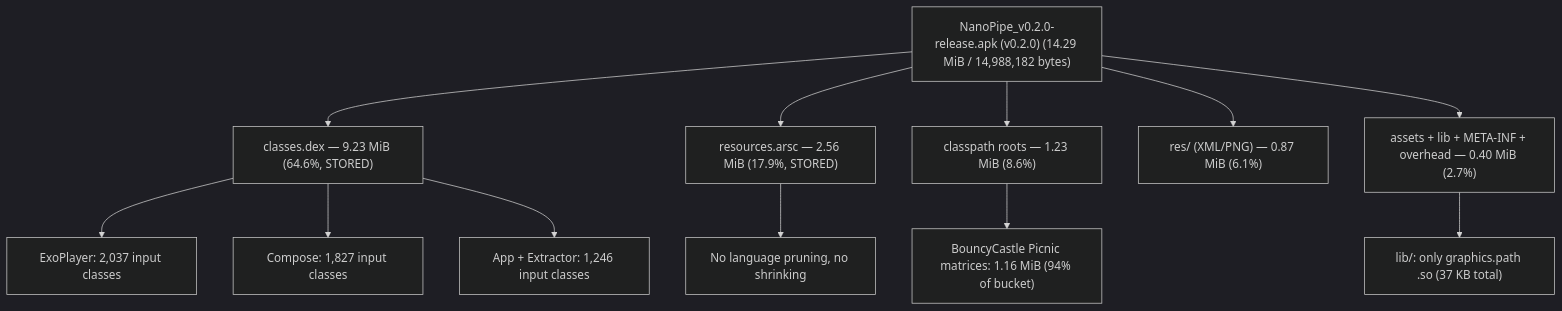
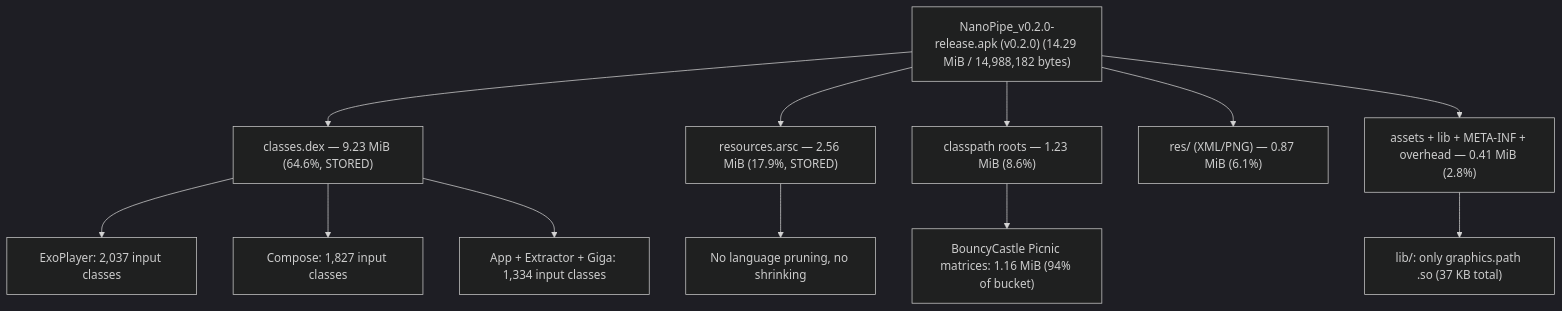
One commit to 360ied/PipePipe changed the first of 3 diagrams in docs/apk-size-analysis/README.md. Above: the diagram before and after it, drawn with Mermaid (dark theme). The commit also changed other lines of this file, not shown here.

First line of the commit message:
docs: fix APK size report review findings

````diff
--- a/docs/apk-size-analysis/README.md
+++ b/docs/apk-size-analysis/README.md
@@ -16,16 +16,16 @@
 ```mermaid
 flowchart TD
     APK["NanoPipe_v0.2.0-release.apk (v0.2.0) (14.29 MiB / 14,988,182 bytes)"]
     APK --> DEX["classes.dex — 9.23 MiB (64.6%, STORED)"]
     APK --> ARSC["resources.arsc — 2.56 MiB (17.9%, STORED)"]
     APK --> CP["classpath roots — 1.23 MiB (8.6%)"]
     APK --> RES["res/ (XML/PNG) — 0.87 MiB (6.1%)"]
-    APK --> REST["assets + lib + META-INF + overhead — 0.40 MiB (2.7%)"]
+    APK --> REST["assets + lib + META-INF + overhead — 0.41 MiB (2.8%)"]
 
     DEX --> EXO["ExoPlayer: 2,037 input classes"]
     DEX --> CMP["Compose: 1,827 input classes"]
-    DEX --> APP["App + Extractor: 1,246 input classes"]
+    DEX --> APP["App + Extractor + Giga: 1,334 input classes"]
     CP --> BC["BouncyCastle Picnic matrices: 1.16 MiB (94% of bucket)"]
     ARSC --> LANG["No language pruning, no shrinking"]
     REST --> GPATH["lib/: only graphics.path .so (37 KB total)"]
 ```
````
